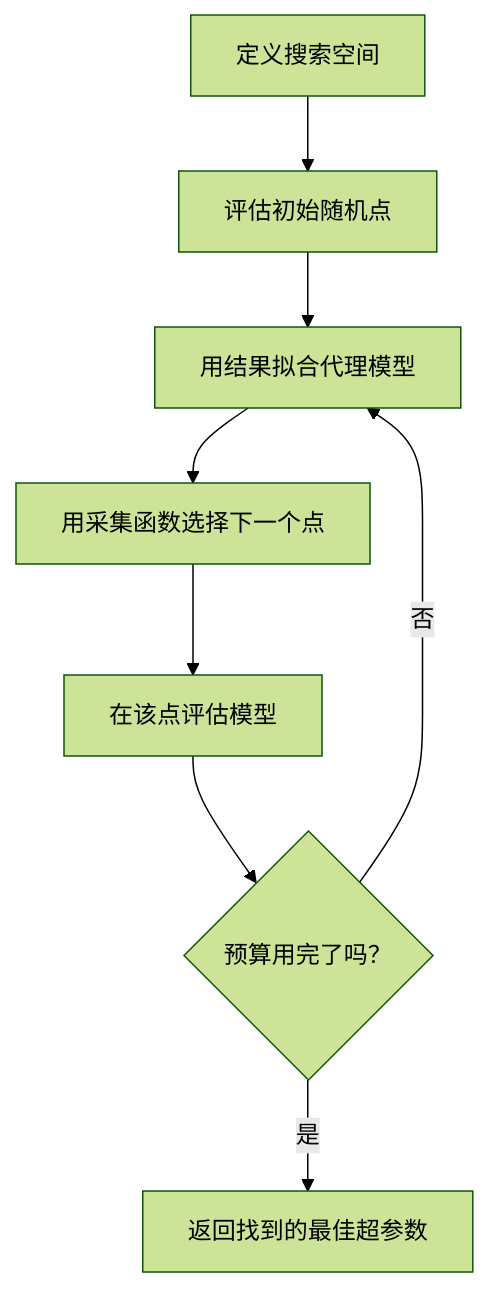
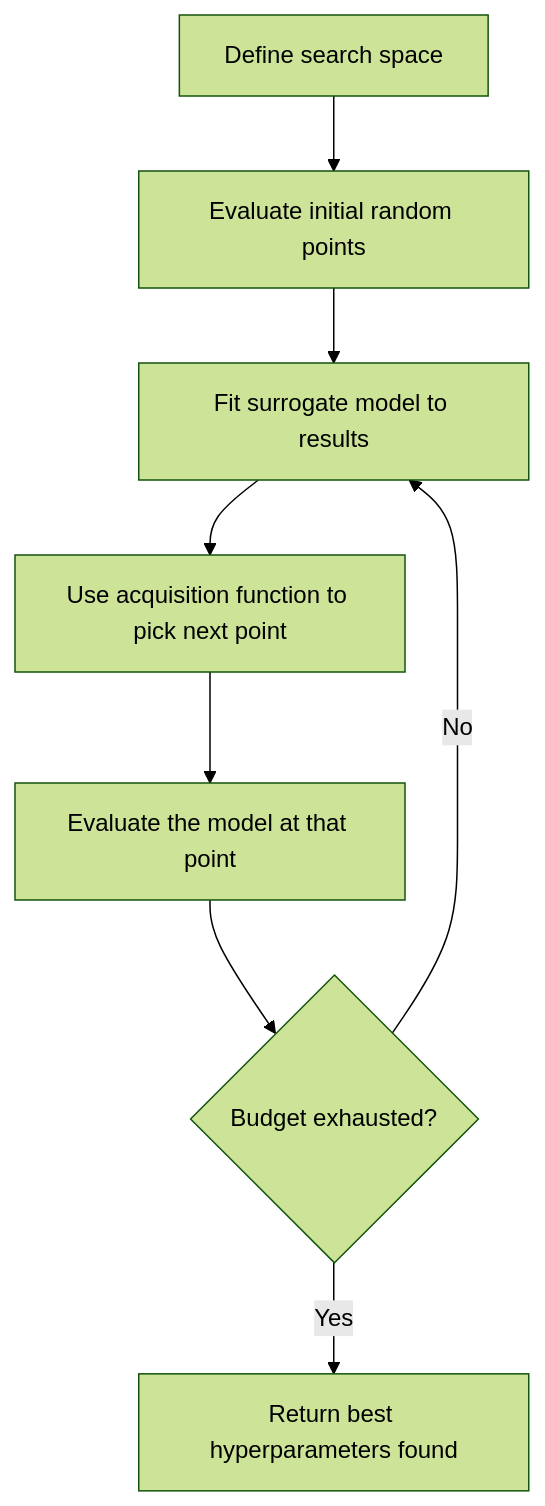
One commit to xiaojiaenen/ai-engineering-from-scratch-zh changed the second of 4 diagrams in i18n/zh/phases/02-ml-fundamentals/12-hyperparameter-tuning/docs/zh.md. Above: the diagram before and after it, drawn with Mermaid (forest theme). The commit also changed other lines of this file and 18 other files, not shown here.

````diff
--- a/i18n/zh/phases/02-ml-fundamentals/12-hyperparameter-tuning/docs/zh.md
+++ b/i18n/zh/phases/02-ml-fundamentals/12-hyperparameter-tuning/docs/zh.md
@@ -87,10 +87,10 @@
 ```mermaid
 flowchart TD
-    A[定义搜索空间] --> B[评估初始随机点]
-    B --> C[用结果拟合代理模型]
-    C --> D[用采集函数选择下一个点]
-    D --> E[在该点评估模型]
-    E --> F{预算用完了吗？}
-    F -->|否| C
-    F -->|是| G[返回找到的最佳超参数]
+    A[Define search space] --> B[Evaluate initial random points]
+    B --> C[Fit surrogate model to results]
+    C --> D[Use acquisition function to pick next point]
+    D --> E[Evaluate the model at that point]
+    E --> F{Budget exhausted?}
+    F -->|No| C
+    F -->|Yes| G[Return best hyperparameters found]
 ```
````
